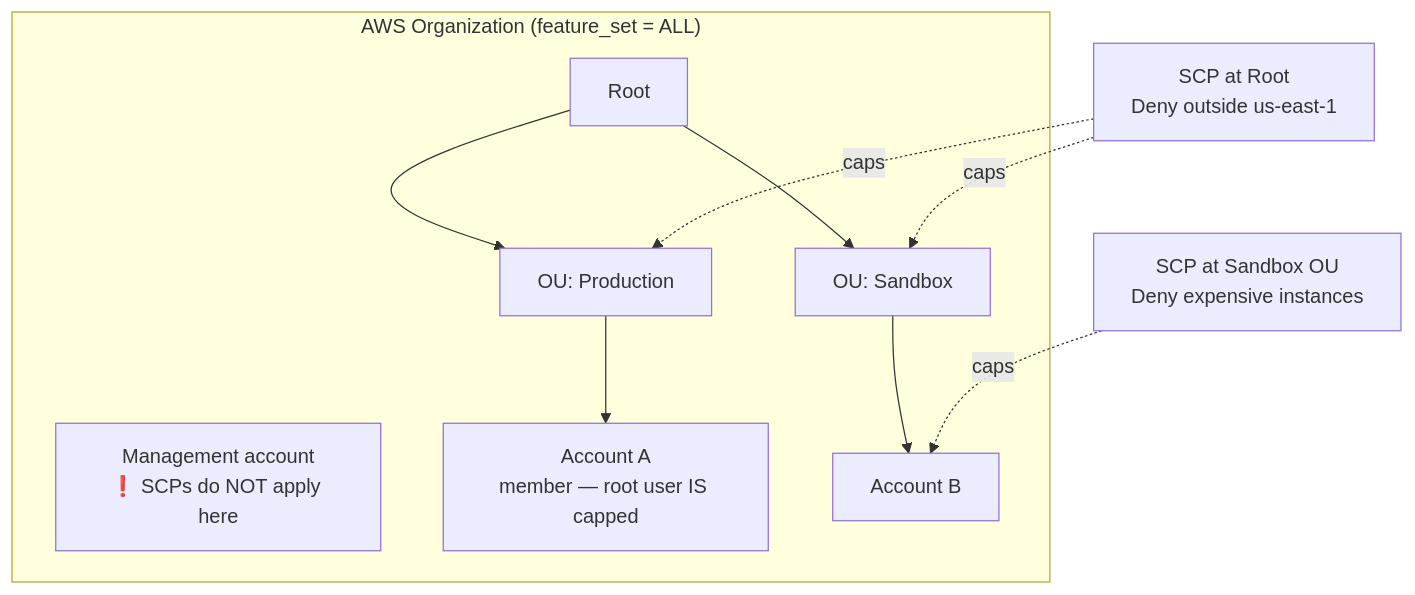
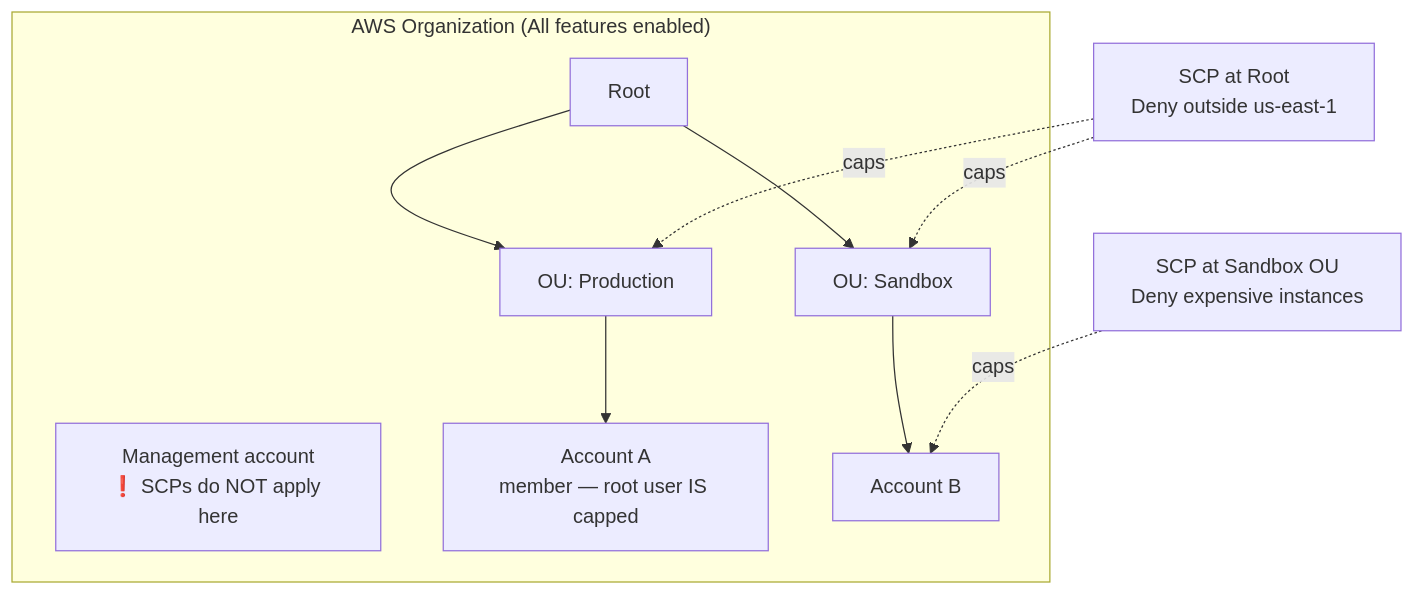
Before and after one commit to rahilbshah/aws-tf-lab: the first of 2 diagrams in aws-tf-lab/01-iam-advanced.md, drawn with Mermaid. The commit also changed other lines of this file and 2 other files, not shown here.

````diff
--- a/aws-tf-lab/01-iam-advanced.md
+++ b/aws-tf-lab/01-iam-advanced.md
@@ -139,16 +143,16 @@
 ```mermaid
 flowchart TB
-    subgraph ORG["AWS Organization (feature_set = ALL)"]
+    subgraph ORG["AWS Organization (All features enabled)"]
       MGMT["Management account<br/>❗ SCPs do NOT apply here"]
       ROOT["Root"]
       OU1["OU: Production"]
       OU2["OU: Sandbox"]
       A1["Account A<br/>member — root user IS capped"]
       A2["Account B"]
       ROOT --> OU1 --> A1
       ROOT --> OU2 --> A2
     end
     SCP1["SCP at Root<br/>Deny outside us-east-1"] -.caps.-> OU1
     SCP1 -.caps.-> OU2
     SCP2["SCP at Sandbox OU<br/>Deny expensive instances"] -.caps.-> A2
 ```
````
